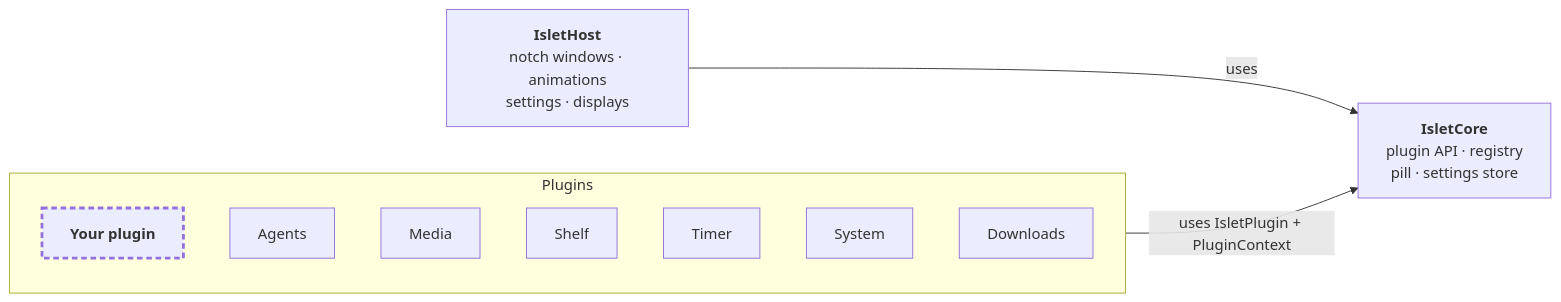
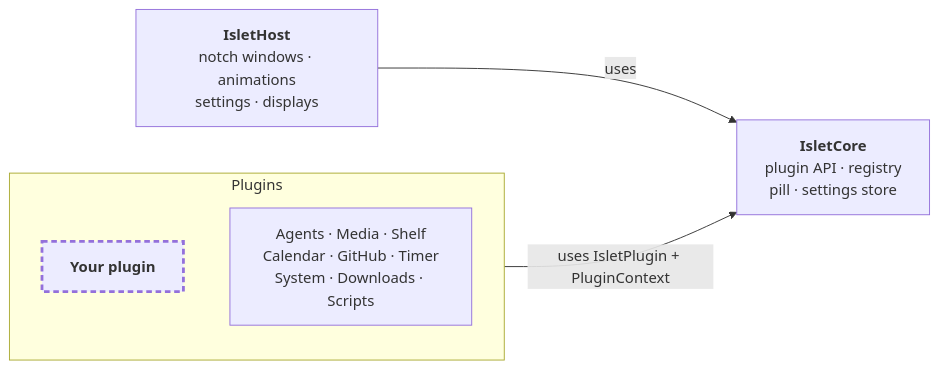
The diagram in README.md (MariSchn/Islet), drawn with Mermaid before and after one commit. The commit also changed other lines of this file and 11 other files, not shown here.

````diff
--- a/README.md
+++ b/README.md
@@ -224,20 +188,13 @@
 ```mermaid
 flowchart LR
     subgraph plugins["Plugins"]
         direction TB
         yours["<b>Your plugin</b>"]
-        agents["Agents"]
-        media["Media"]
-        shelf["Shelf"]
-        timer["Timer"]
-
-        system["System"]
-
-        downloads["Downloads"]
+        builtin["Agents · Media · Shelf<br/>Calendar · GitHub · Timer<br/>System · Downloads · Scripts"]
     end
     core["<b>IsletCore</b><br/>plugin API · registry<br/>pill · settings store"]
     host["<b>IsletHost</b><br/>notch windows · animations<br/>settings · displays"]
     plugins -->|"uses IsletPlugin + PluginContext"| core
     host -->|uses| core
     style yours stroke-width:3px,stroke-dasharray:6 4
 ```
````
